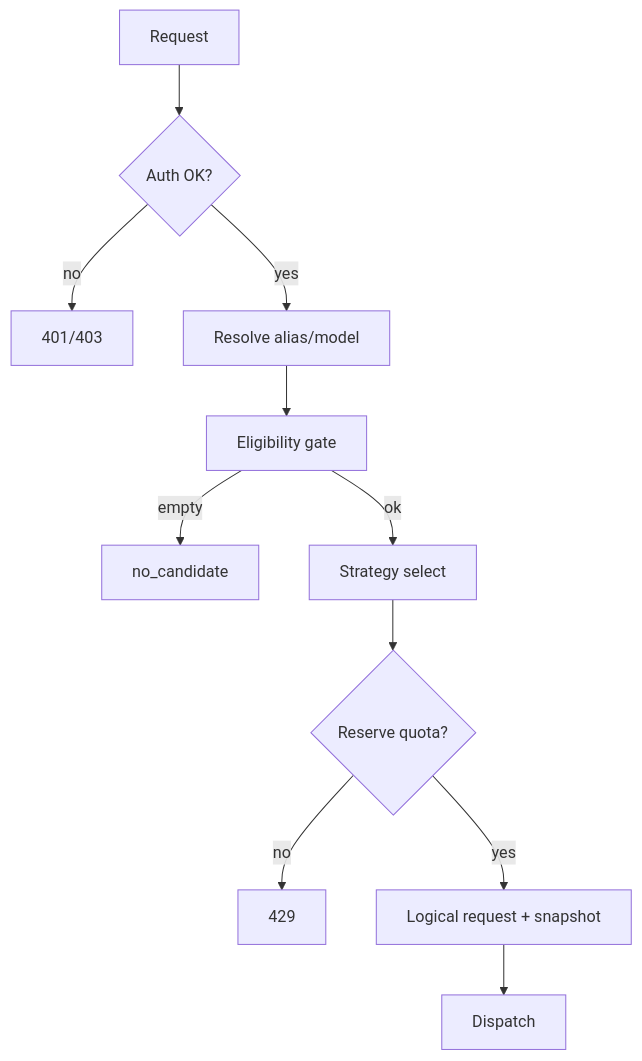
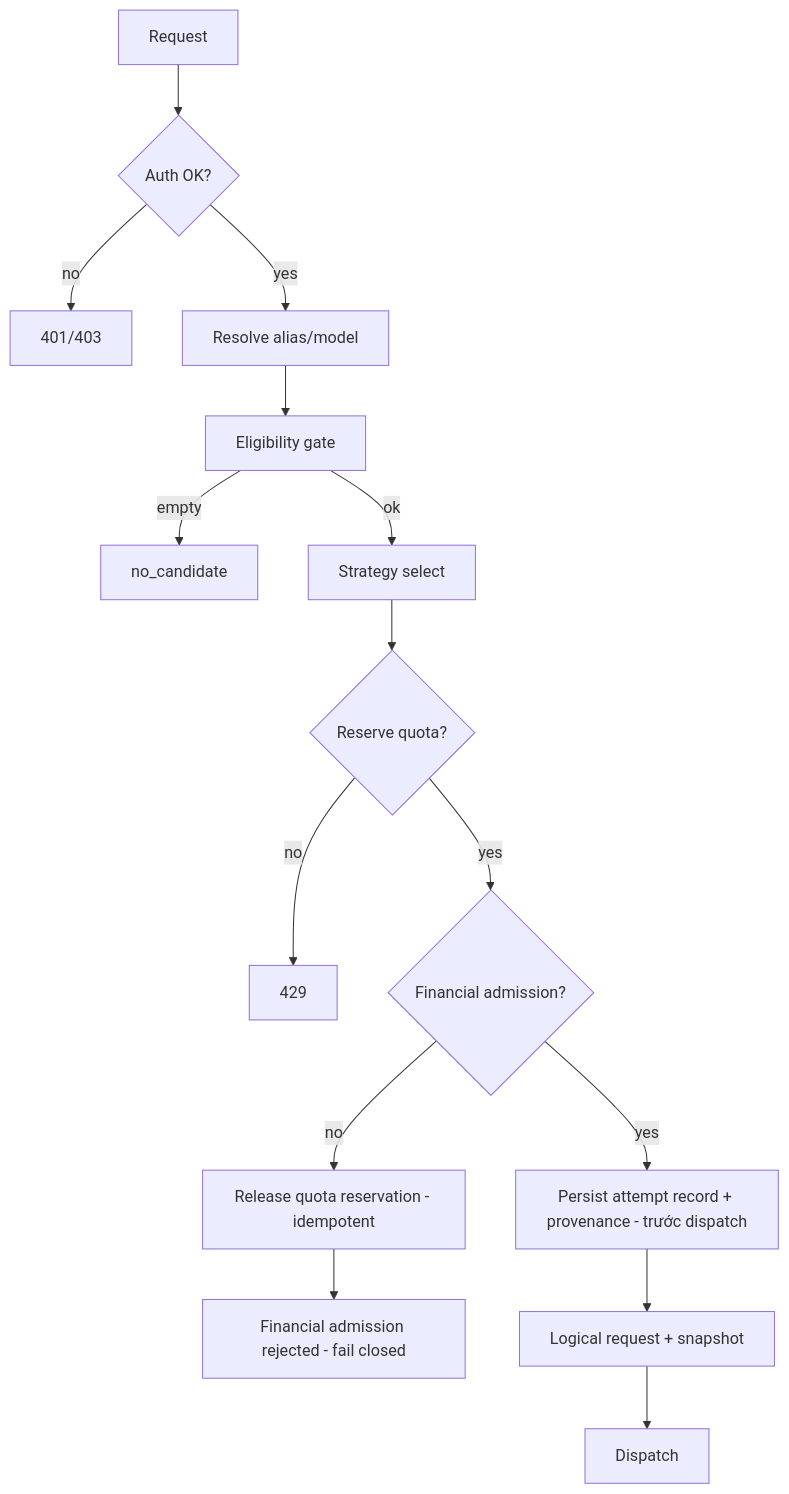
The sixth of 7 diagrams in docs/applications/llm-api/01-architecture.md (ecoma-io/ecoma), drawn with Mermaid before and after one commit. The commit also changed other lines of this file and 23 other files, not shown here.

````diff
--- a/docs/applications/llm-api/01-architecture.md
+++ b/docs/applications/llm-api/01-architecture.md
@@ -319,13 +375,17 @@
 ```mermaid
 flowchart TD
   Start[Request] --> Auth{Auth OK?}
   Auth -- no --> R401[401/403]
   Auth -- yes --> Resolve[Resolve alias/model]
   Resolve --> Elig[Eligibility gate]
   Elig -- empty --> NoCand[no_candidate]
   Elig -- ok --> Strat[Strategy select]
   Strat --> Reserve{Reserve quota?}
   Reserve -- no --> R429[429]
-  Reserve -- yes --> LR[Logical request + snapshot]
+  Reserve -- yes --> FA{Financial admission?}
+  FA -- no --> RQ[Release quota reservation - idempotent]
+  RQ --> R402[Financial admission rejected - fail closed]
+  FA -- yes --> AR[Persist attempt record + provenance - trước dispatch]
+  AR --> LR[Logical request + snapshot]
   LR --> Dispatch[Dispatch]
 ```
````
